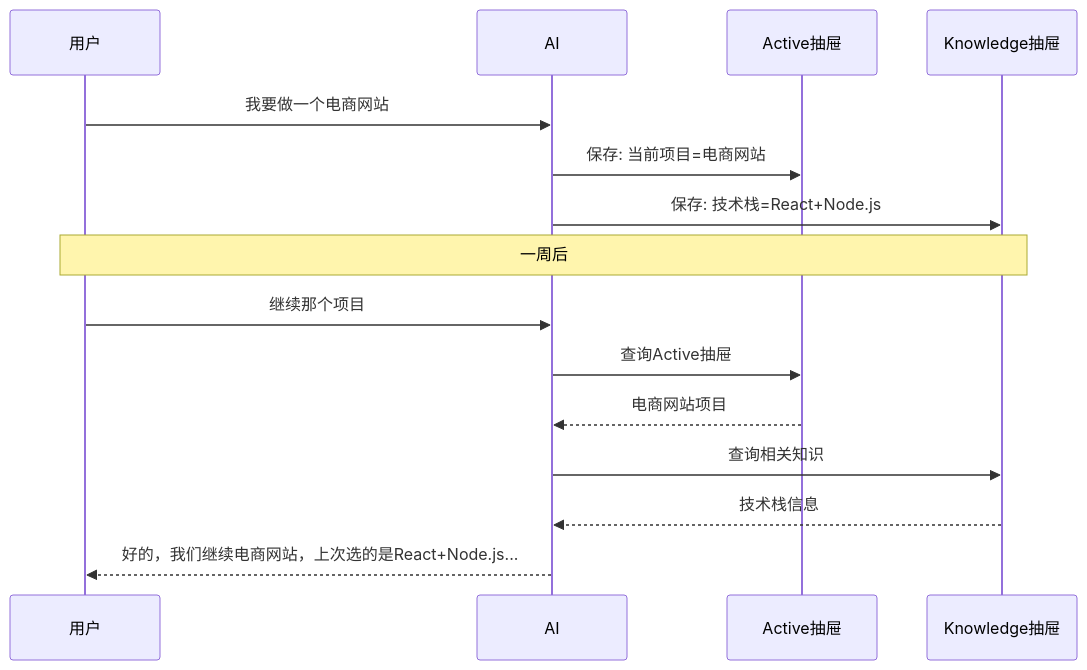
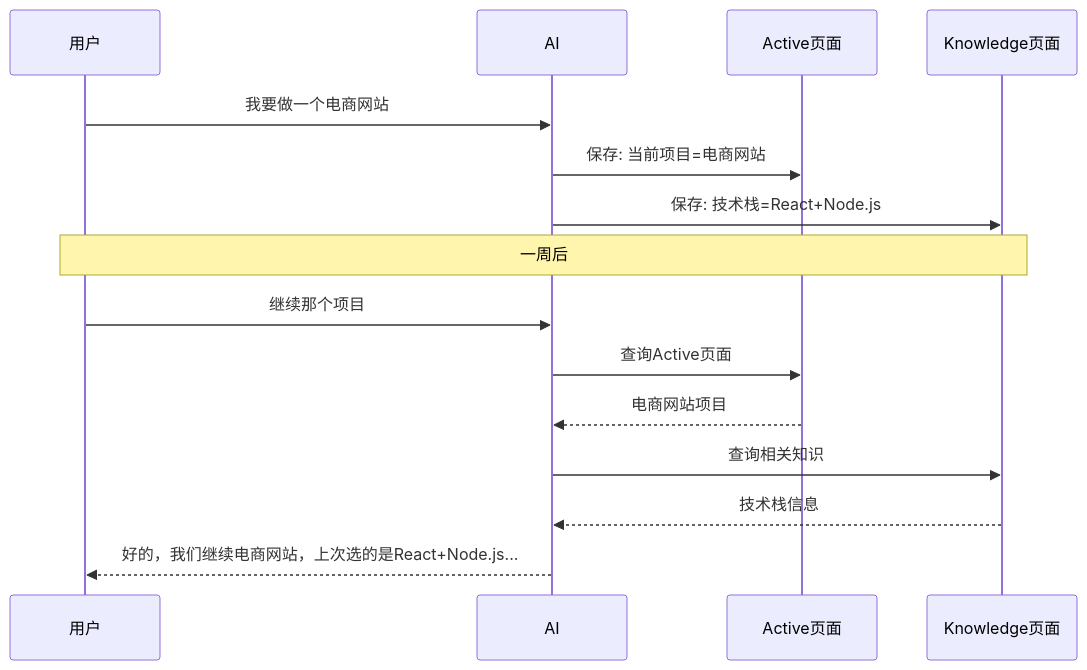
Diagram 11 of 12 in docs/memory-history.md (yeheng/nanobot-rs), drawn with Mermaid before and after one commit. The commit also changed other lines of this file and 57 other files, not shown here.

````diff
--- a/docs/memory-history.md
+++ b/docs/memory-history.md
@@ -334,20 +345,20 @@
 ```mermaid
 sequenceDiagram
     participant U as 用户
     participant AI as AI
-    participant A as Active抽屉
-    participant K as Knowledge抽屉
+    participant A as Active页面
+    participant K as Knowledge页面
     
     U->>AI: 我要做一个电商网站
     AI->>A: 保存: 当前项目=电商网站
     AI->>K: 保存: 技术栈=React+Node.js
     
     Note over U,K: 一周后
     
     U->>AI: 继续那个项目
-    AI->>A: 查询Active抽屉
+    AI->>A: 查询Active页面
     A-->>AI: 电商网站项目
     AI->>K: 查询相关知识
     K-->>AI: 技术栈信息
     AI-->>U: 好的，我们继续电商网站，上次选的是React+Node.js...
 ```
````
